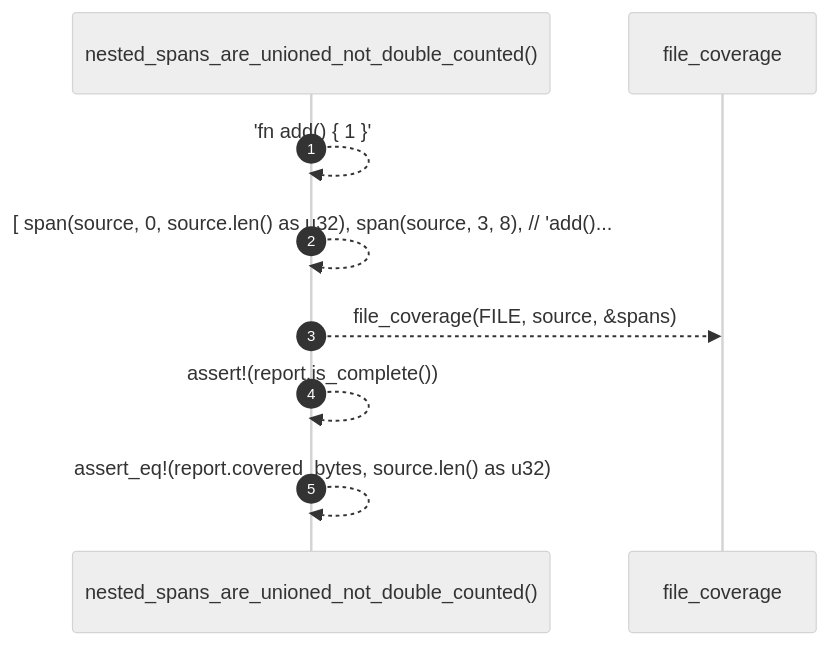
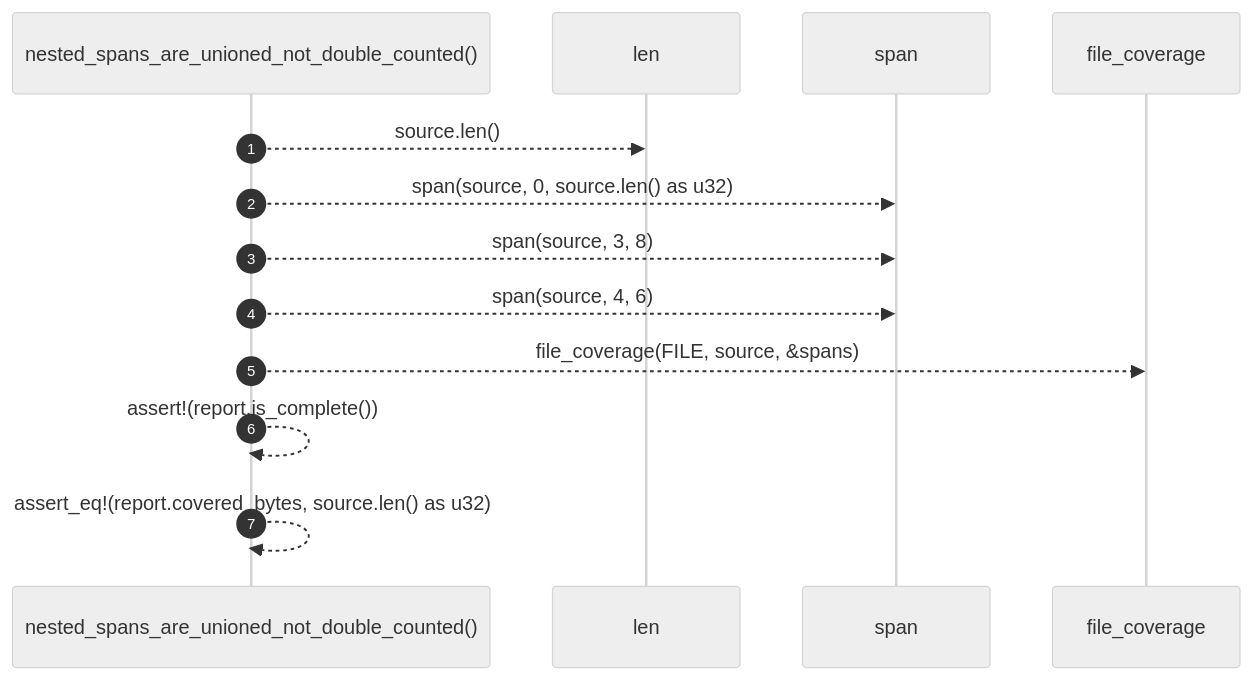
One commit to RyanGuild/self-describing-code changed the diagram in docs/self-model/robby_ir/test_coverage/nested-spans-are-unioned-not-double-counted.md. Above: the diagram before and after it, drawn with Mermaid (neutral theme). The commit also changed other lines of this file and 1404 other files, not shown here.

````diff
--- a/docs/self-model/robby_ir/test_coverage/nested-spans-are-unioned-not-double-counted.md
+++ b/docs/self-model/robby_ir/test_coverage/nested-spans-are-unioned-not-double-counted.md
@@ -28,11 +28,15 @@
 ```mermaid
 sequenceDiagram
     autonumber
     participant nested_spans_are_unioned_not_double_counted as nested_spans_are_unioned_not_double_counted()
+    participant len as len
+    participant span as span
     participant file_coverage as file_coverage
-    nested_spans_are_unioned_not_double_counted-->>nested_spans_are_unioned_not_double_counted: 'fn add() { 1 }'
-    nested_spans_are_unioned_not_double_counted-->>nested_spans_are_unioned_not_double_counted: [ span(source, 0, source.len() as u32), span(source, 3, 8), // 'add()...
+    nested_spans_are_unioned_not_double_counted-->>len: source.len()
+    nested_spans_are_unioned_not_double_counted-->>span: span(source, 0, source.len() as u32)
+    nested_spans_are_unioned_not_double_counted-->>span: span(source, 3, 8)
+    nested_spans_are_unioned_not_double_counted-->>span: span(source, 4, 6)
     nested_spans_are_unioned_not_double_counted-->>file_coverage: file_coverage(FILE, source, &spans)
     nested_spans_are_unioned_not_double_counted-->>nested_spans_are_unioned_not_double_counted: assert!(report.is_complete())
     nested_spans_are_unioned_not_double_counted-->>nested_spans_are_unioned_not_double_counted: assert_eq!(report.covered_bytes, source.len() as u32)
 ```
````
